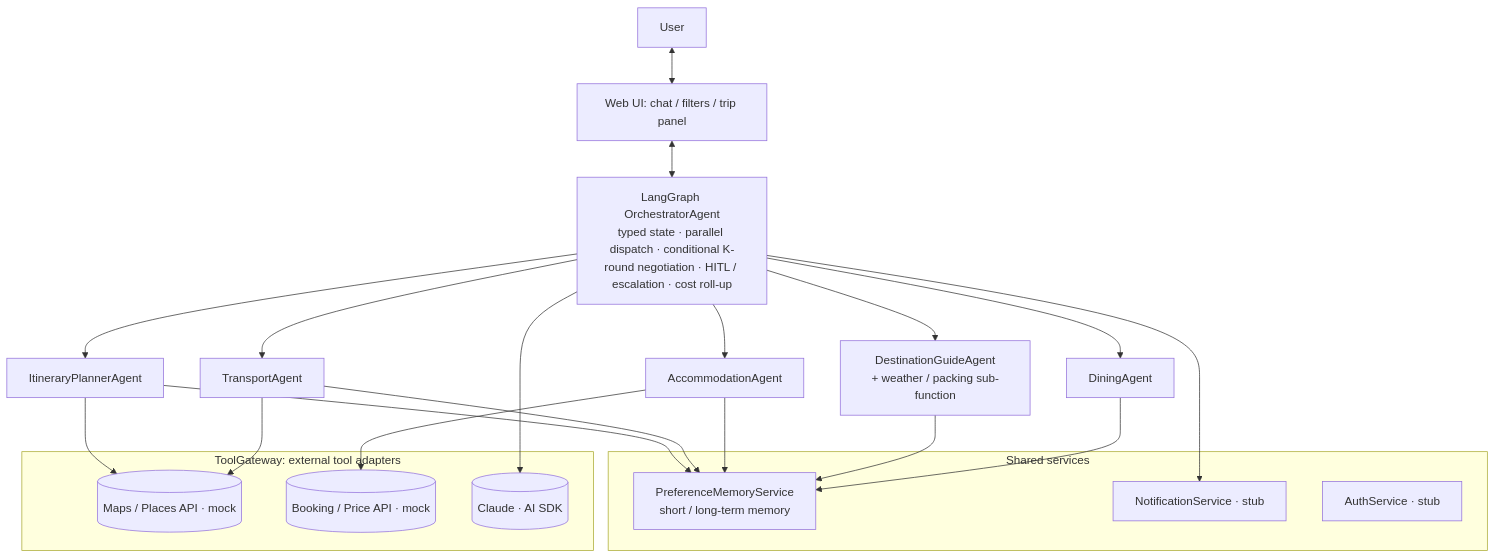
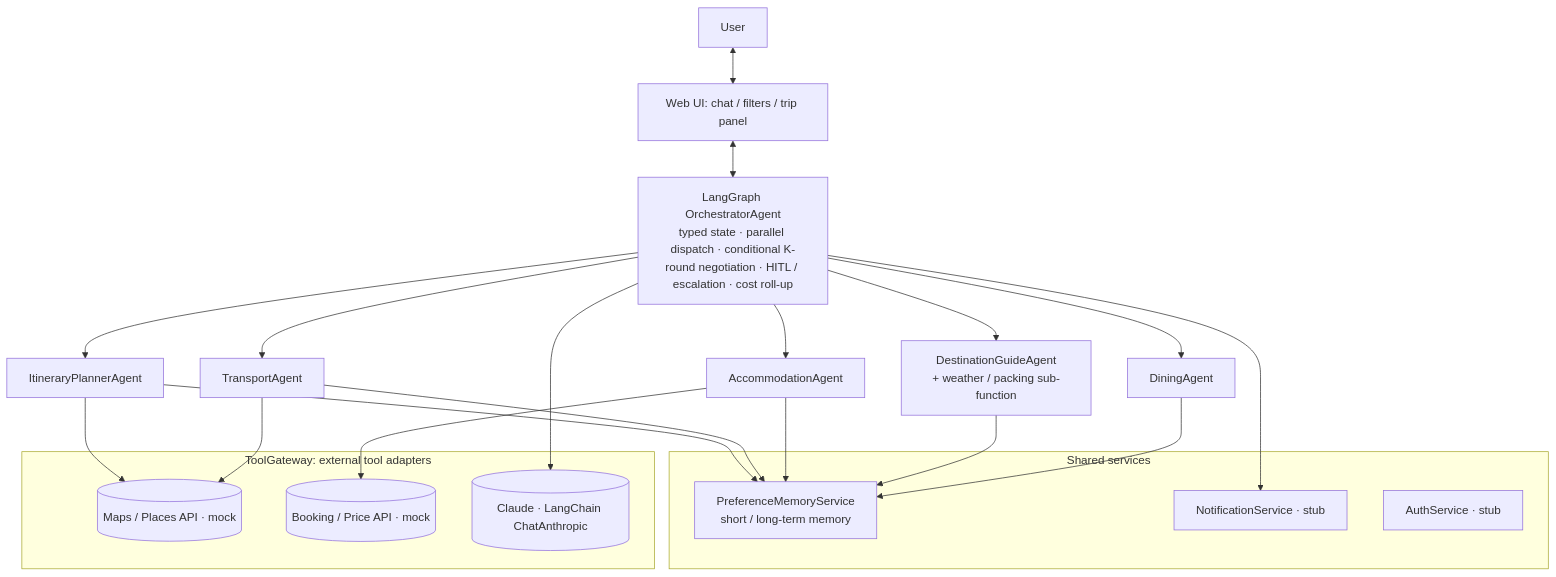
One commit to HeadmasterEggy/AI_TRIP_PLANNER changed the diagram in README.md. Above: the diagram before and after it, drawn with Mermaid. The commit also changed other lines of this file and 14 other files, not shown here.

````diff
--- a/README.md
+++ b/README.md
@@ -21,34 +21,34 @@
 ```mermaid
 flowchart TB
     U[User] <--> UI[Web UI: chat / filters / trip panel]
     UI <--> ORC[LangGraph OrchestratorAgent<br/>typed state · parallel dispatch · conditional K-round negotiation · HITL / escalation · cost roll-up]
 
     ORC --> IT[ItineraryPlannerAgent]
     ORC --> TR[TransportAgent]
     ORC --> AC[AccommodationAgent]
     ORC --> DG[DestinationGuideAgent<br/>+ weather / packing sub-function]
     ORC --> DN[DiningAgent]
 
     subgraph SVC[Shared services]
       MEM[PreferenceMemoryService<br/>short / long-term memory]
       NOT[NotificationService · stub]
       AUTH[AuthService · stub]
     end
 
     subgraph TOOLS[ToolGateway: external tool adapters]
       MAPS[(Maps / Places API · mock)]
       BOOK[(Booking / Price API · mock)]
-      LLM[(Claude · AI SDK)]
+      LLM[(Claude · LangChain ChatAnthropic)]
     end
 
     IT --> MEM
     TR --> MEM
     AC --> MEM
     DG --> MEM
     DN --> MEM
     IT --> MAPS
     TR --> MAPS
     AC --> BOOK
     ORC --> LLM
     ORC --> NOT
 ```
````
